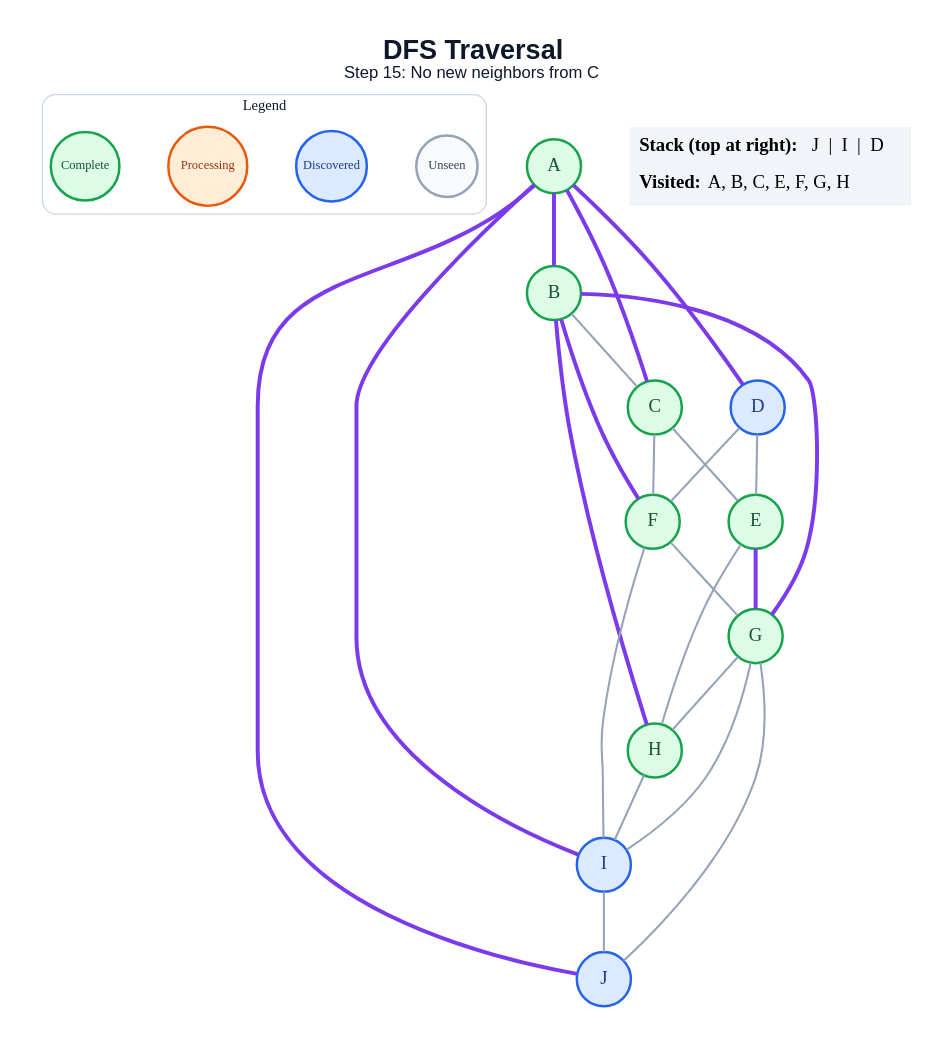
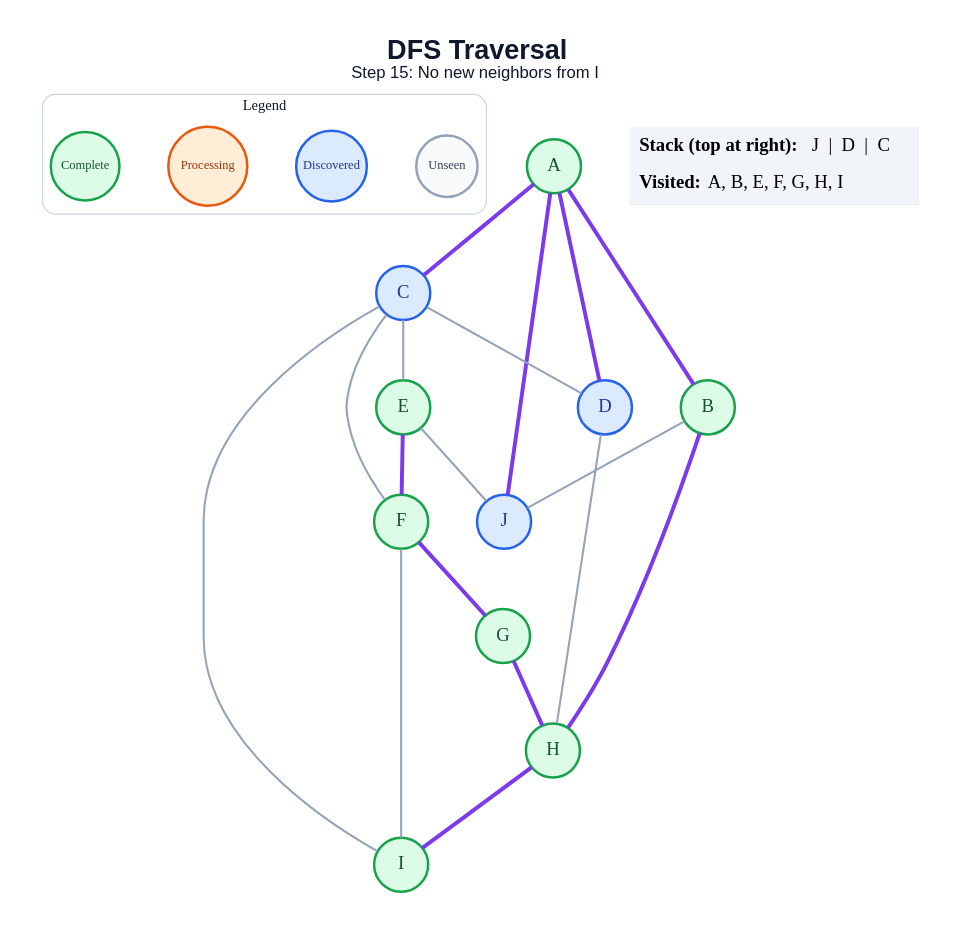
The diagram in generated/dfs/step_15.dot (amanghodawala9/ai-slop), drawn with Graphviz before and after one commit. The commit also changed 178 other files, not shown here.

```diff
--- a/generated/dfs/step_15.dot
+++ b/generated/dfs/step_15.dot
@@ -1,51 +1,46 @@
 graph traversal {
   graph [layout=dot, rankdir=TB, bgcolor="#FFFFFF", pad="0.35", nodesep="0.65", ranksep="0.8", fontname="Arial"];
   node [shape=circle, style="filled", fontname="Arial Bold", fontsize=18, width=0.72, fixedsize=true, penwidth=2.4];
   edge [color="#94A3B8", penwidth=2.0];
-  label=<<B>DFS Traversal</B><BR/><FONT POINT-SIZE="16">Step 15: No new neighbors from C</FONT>>; labelloc="t"; fontsize=26; fontname="Arial"; fontcolor="#0F172A";
+  label=<<B>DFS Traversal</B><BR/><FONT POINT-SIZE="16">Step 15: No new neighbors from I</FONT>>; labelloc="t"; fontsize=26; fontname="Arial"; fontcolor="#0F172A";
   subgraph cluster_legend { label="Legend"; color="#CBD5E1"; penwidth=1.2; style="rounded"; fontsize=14; fontname="Arial Bold";
     key_unseen [label="Unseen", fillcolor="#F8FAFC", color="#94A3B8", fontcolor="#334155", fontsize=12, width=0.82];
     key_frontier [label="Discovered", fillcolor="#DBEAFE", color="#2563EB", fontcolor="#1E3A8A", fontsize=12, width=0.95];
     key_current [label="Processing", fillcolor="#FFEDD5", color="#EA580C", fontcolor="#9A3412", fontsize=12, width=1.05];
     key_done [label="Complete", fillcolor="#DCFCE7", color="#16A34A", fontcolor="#14532D", fontsize=12, width=0.92];
     { rank=same; key_unseen; key_frontier; key_current; key_done; }
   }
   A [fillcolor="#DCFCE7", color="#16A34A", fontcolor="#14532D"];
   B [fillcolor="#DCFCE7", color="#16A34A", fontcolor="#14532D"];
-  C [fillcolor="#DCFCE7", color="#16A34A", fontcolor="#14532D"];
+  C [fillcolor="#DBEAFE", color="#2563EB", fontcolor="#1E3A8A"];
   D [fillcolor="#DBEAFE", color="#2563EB", fontcolor="#1E3A8A"];
   E [fillcolor="#DCFCE7", color="#16A34A", fontcolor="#14532D"];
   F [fillcolor="#DCFCE7", color="#16A34A", fontcolor="#14532D"];
   G [fillcolor="#DCFCE7", color="#16A34A", fontcolor="#14532D"];
   H [fillcolor="#DCFCE7", color="#16A34A", fontcolor="#14532D"];
-  I [fillcolor="#DBEAFE", color="#2563EB", fontcolor="#1E3A8A"];
+  I [fillcolor="#DCFCE7", color="#16A34A", fontcolor="#14532D"];
   J [fillcolor="#DBEAFE", color="#2563EB", fontcolor="#1E3A8A"];
   A -- B [color="#7C3AED", penwidth=3.8];
   A -- C [color="#7C3AED", penwidth=3.8];
   A -- D [color="#7C3AED", penwidth=3.8];
-  A -- I [color="#7C3AED", penwidth=3.8];
   A -- J [color="#7C3AED", penwidth=3.8];
-  B -- C;
-  B -- F [color="#7C3AED", penwidth=3.8];
-  B -- G [color="#7C3AED", penwidth=3.8];
   B -- H [color="#7C3AED", penwidth=3.8];
+  B -- J;
+  C -- D;
   C -- E;
   C -- F;
-  D -- E;
-  D -- F;
-  E -- G [color="#7C3AED", penwidth=3.8];
-  E -- H;
-  F -- G;
+  C -- I;
+  D -- H;
+  E -- F [color="#7C3AED", penwidth=3.8];
+  E -- J;
+  F -- G [color="#7C3AED", penwidth=3.8];
   F -- I;
-  G -- H;
-  G -- I;
-  G -- J;
-  H -- I;
-  I -- J;
+  G -- H [color="#7C3AED", penwidth=3.8];
+  H -- I [color="#7C3AED", penwidth=3.8];
   status [shape=plain, fixedsize=false, width=0, height=0, margin=0, label=<
     <TABLE BORDER="0" CELLBORDER="0" CELLPADDING="7" BGCOLOR="#F1F5F9">
-      <TR><TD ALIGN="LEFT"><B>Stack (top at right):</B> J  |  I  |  D</TD></TR>
-      <TR><TD ALIGN="LEFT"><B>Visited:</B> A, B, C, E, F, G, H</TD></TR>
+      <TR><TD ALIGN="LEFT"><B>Stack (top at right):</B> J  |  D  |  C</TD></TR>
+      <TR><TD ALIGN="LEFT"><B>Visited:</B> A, B, E, F, G, H, I</TD></TR>
     </TABLE>
   >];
 }
```
